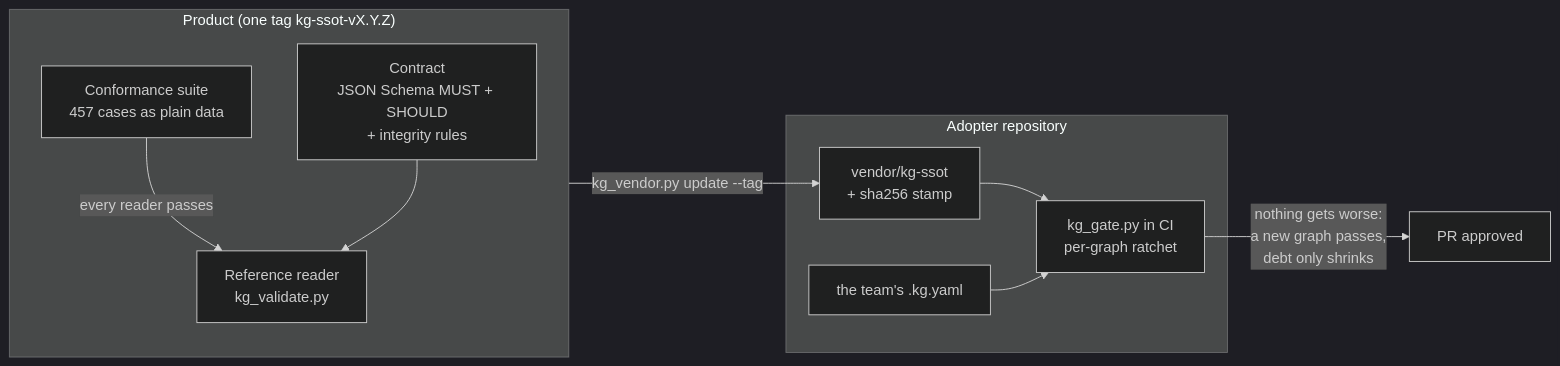
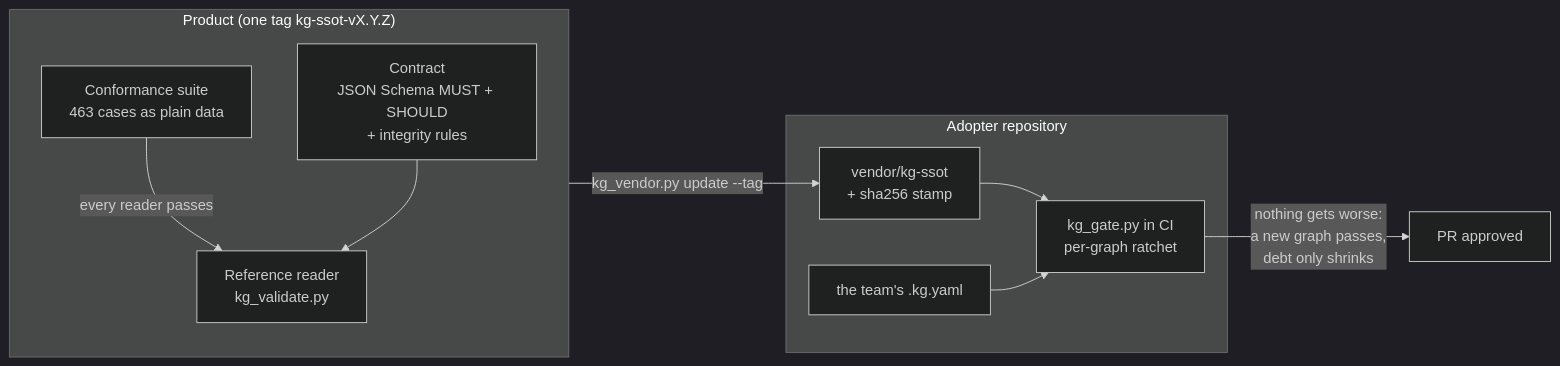
The diagram in README.md (marciocar/kg-ssot), drawn with Mermaid (dark theme) before and after one commit. The commit also changed other lines of this file and 55 other files, not shown here.

````diff
--- a/README.md
+++ b/README.md
@@ -137,19 +137,19 @@
 ```mermaid
 flowchart LR
   subgraph product["Product (one tag kg-ssot-vX.Y.Z)"]
     C["Contract<br/>JSON Schema MUST + SHOULD<br/>+ integrity rules"]
-    S["Conformance suite<br/>457 cases as plain data"]
+    S["Conformance suite<br/>463 cases as plain data"]
     R["Reference reader<br/>kg_validate.py"]
     S -- "every reader passes" --> R
     C --> R
   end
   subgraph adopter["Adopter repository"]
     V["vendor/kg-ssot<br/>+ sha256 stamp"]
     G["kg_gate.py in CI<br/>per-graph ratchet"]
     K["the team's .kg.yaml"]
     V --> G
     K --> G
   end
   product -- "kg_vendor.py update --tag" --> V
   G -- "nothing gets worse:<br/>a new graph passes,<br/>debt only shrinks" --> PR["PR approved"]
 ```
````
